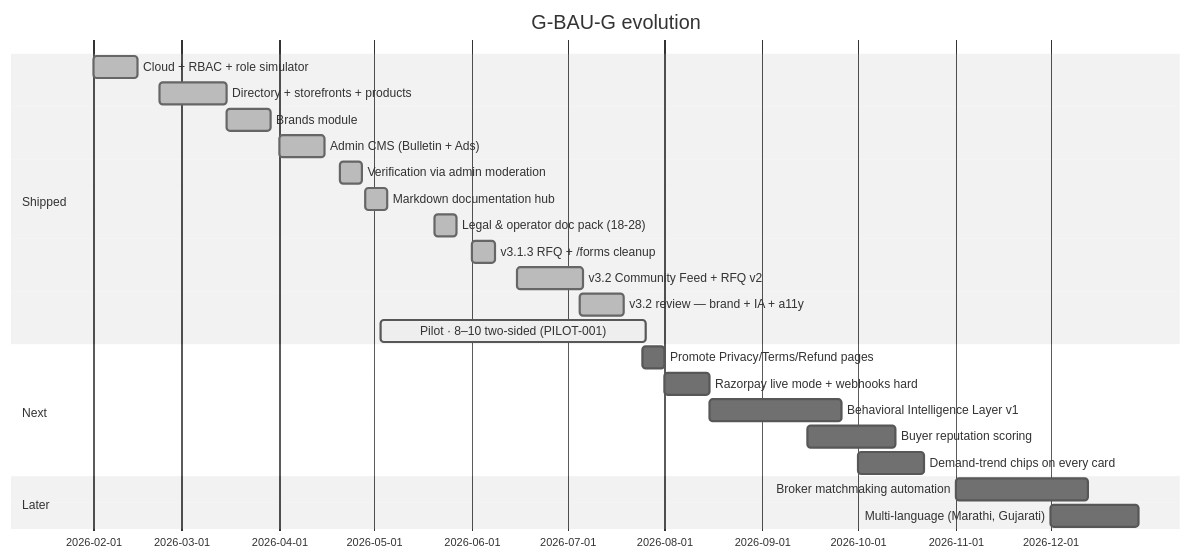
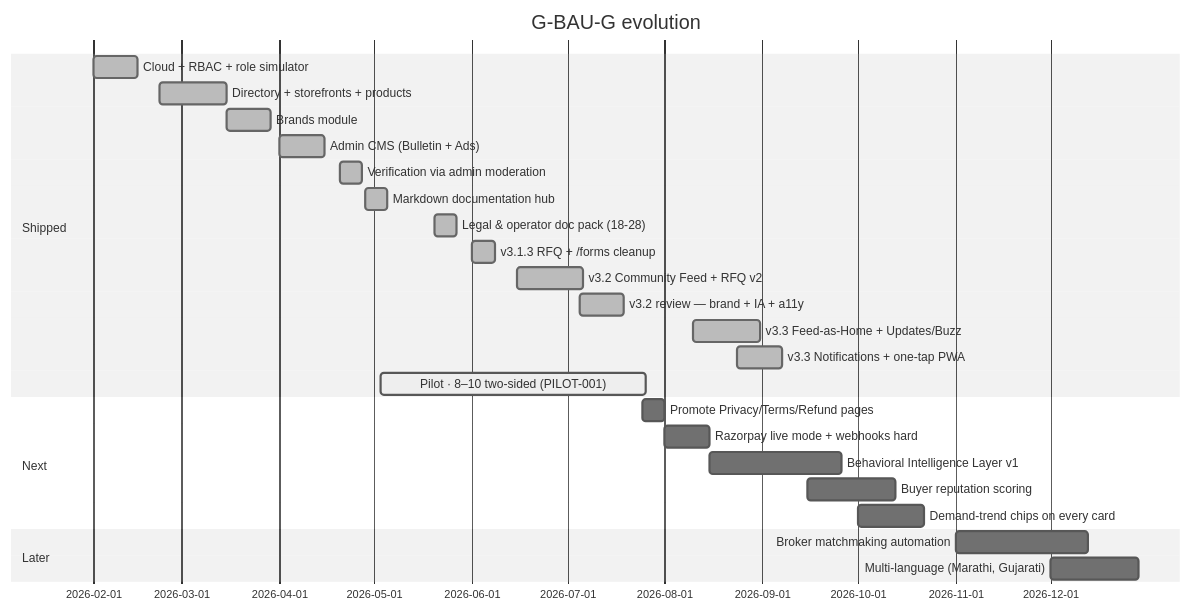
Before and after one commit to arka97/mddma-test: the second of 2 diagrams in src/content/docs/06-build-and-operations.md, drawn with Mermaid (neutral theme). The commit also changed other lines of this file and 6 other files, not shown here.

````diff
--- a/src/content/docs/06-build-and-operations.md
+++ b/src/content/docs/06-build-and-operations.md
@@ -103,26 +107,28 @@
 ```mermaid
 gantt
   title G-BAU-G evolution
   dateFormat YYYY-MM-DD
   section Shipped
   Cloud + RBAC + role simulator      :done, 2026-02-01, 2w
   Directory + storefronts + products :done, 2026-02-22, 3w
   Brands module                      :done, 2026-03-15, 2w
   Admin CMS (Bulletin + Ads)         :done, 2026-04-01, 2w
   Verification via admin moderation  :done, 2026-04-20, 1w
   Markdown documentation hub         :done, 2026-04-28, 1w
   Legal & operator doc pack (18-28)  :done, 2026-05-20, 1w
   v3.1.3 RFQ + /forms cleanup        :done, 2026-06-01, 1w
   v3.2 Community Feed + RFQ v2       :done, 2026-06-15, 3w
   v3.2 review — brand + IA + a11y    :done, 2026-07-05, 2w
+  v3.3 Feed-as-Home + Updates/Buzz   :done, 2026-08-10, 3w
+  v3.3 Notifications + one-tap PWA   :done, 2026-08-24, 2w
   Pilot · 8–10 two-sided (PILOT-001) :active, 2026-05-03, 12w
   section Next
   Promote Privacy/Terms/Refund pages :2026-07-25, 1w
   Razorpay live mode + webhooks hard :2026-08-01, 2w
   Behavioral Intelligence Layer v1   :2026-08-15, 6w
   Buyer reputation scoring           :2026-09-15, 4w
   Demand-trend chips on every card   :2026-10-01, 3w
   section Later
   Broker matchmaking automation      :2026-11-01, 6w
   Multi-language (Marathi, Gujarati) :2026-12-01, 4w
 ```
````
